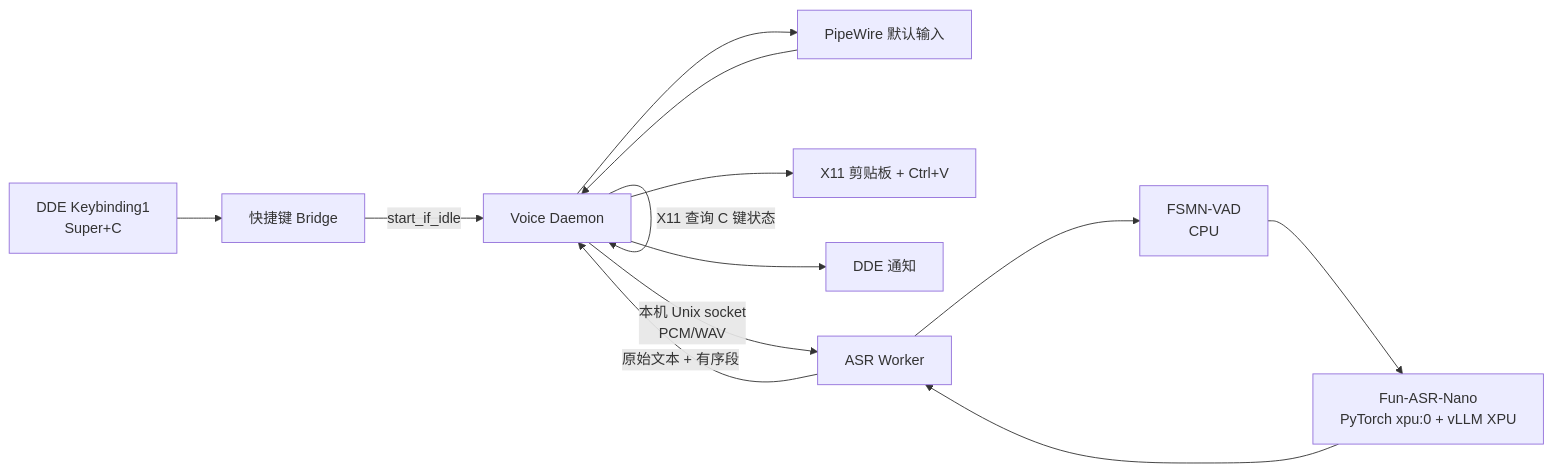
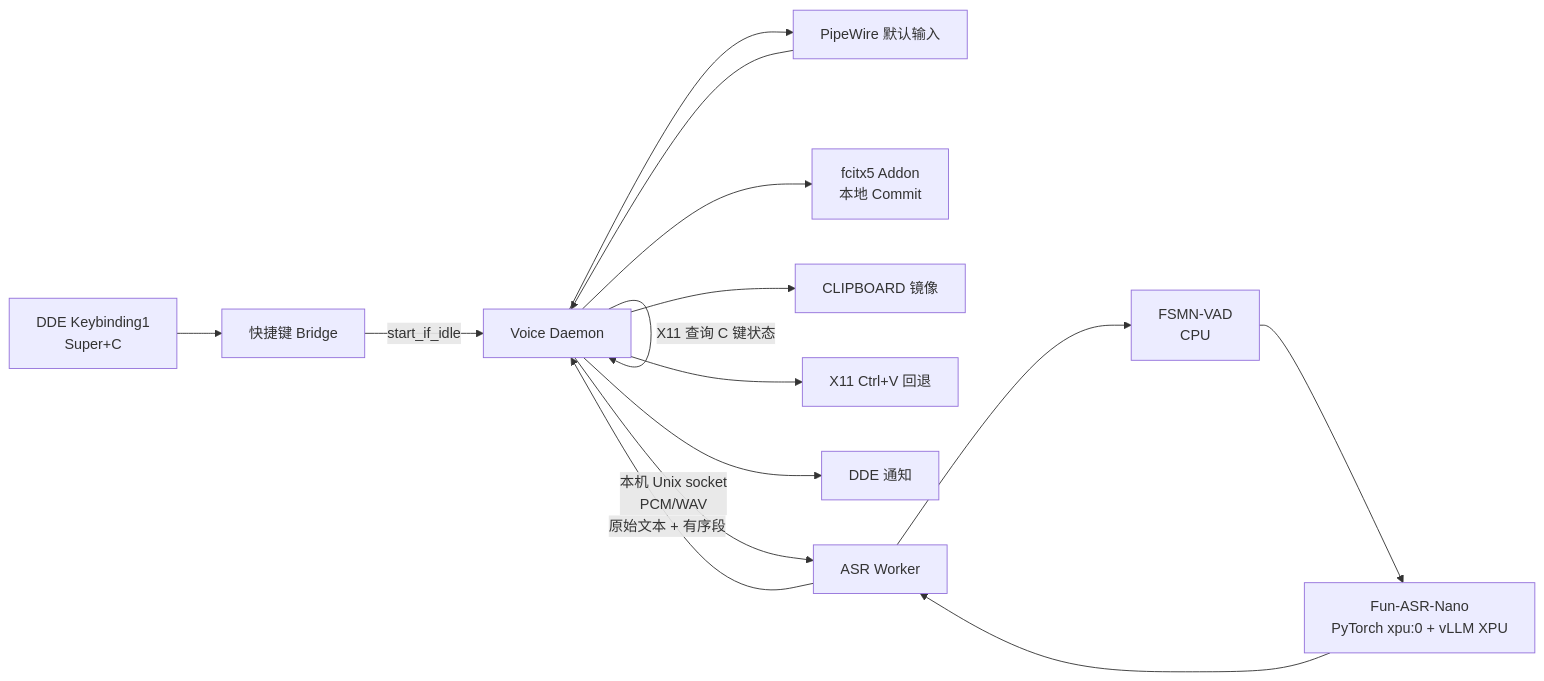
Before and after one commit to toberyan/fun-voice-ryan: the first of 2 diagrams in docs/superpowers/specs/2026-08-31-fun-asr-nano-intel-xpu-voice-assistant-design.md, drawn with Mermaid. The commit also changed other lines of this file, not shown here.

````diff
--- a/docs/superpowers/specs/2026-08-31-fun-asr-nano-intel-xpu-voice-assistant-design.md
+++ b/docs/superpowers/specs/2026-08-31-fun-asr-nano-intel-xpu-voice-assistant-design.md
@@ -43,15 +43,17 @@
 ```mermaid
 flowchart LR
     DDE[DDE Keybinding1\nSuper+C] --> B[快捷键 Bridge]
     B -->|start_if_idle| VD[Voice Daemon]
     VD -->|X11 查询 C 键状态| VD
     VD --> PW[PipeWire 默认输入]
     PW --> VD
     VD -->|本机 Unix socket\nPCM/WAV| AW[ASR Worker]
     AW --> VAD[FSMN-VAD\nCPU]
     VAD --> NANO[Fun-ASR-Nano\nPyTorch xpu:0 + vLLM XPU]
     NANO --> AW
     AW -->|原始文本 + 有序段| VD
-    VD --> X11[X11 剪贴板 + Ctrl+V]
+    VD --> FCITX[fcitx5 Addon\n本地 Commit]
+    VD --> CLIP[CLIPBOARD 镜像]
+    VD --> X11[X11 Ctrl+V 回退]
     VD --> NTF[DDE 通知]
 ```
````
